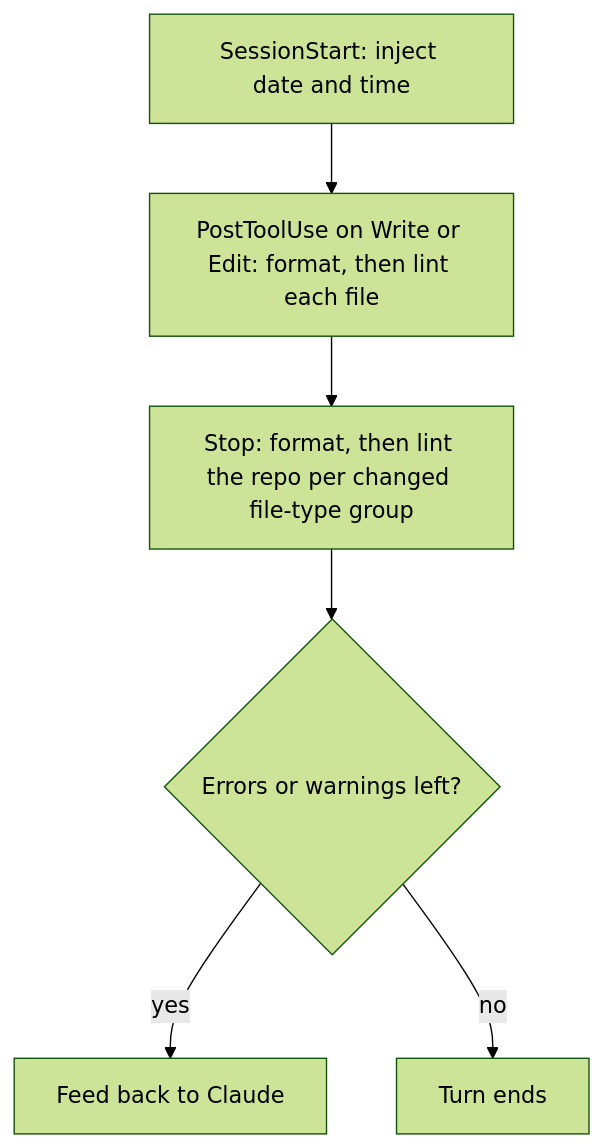
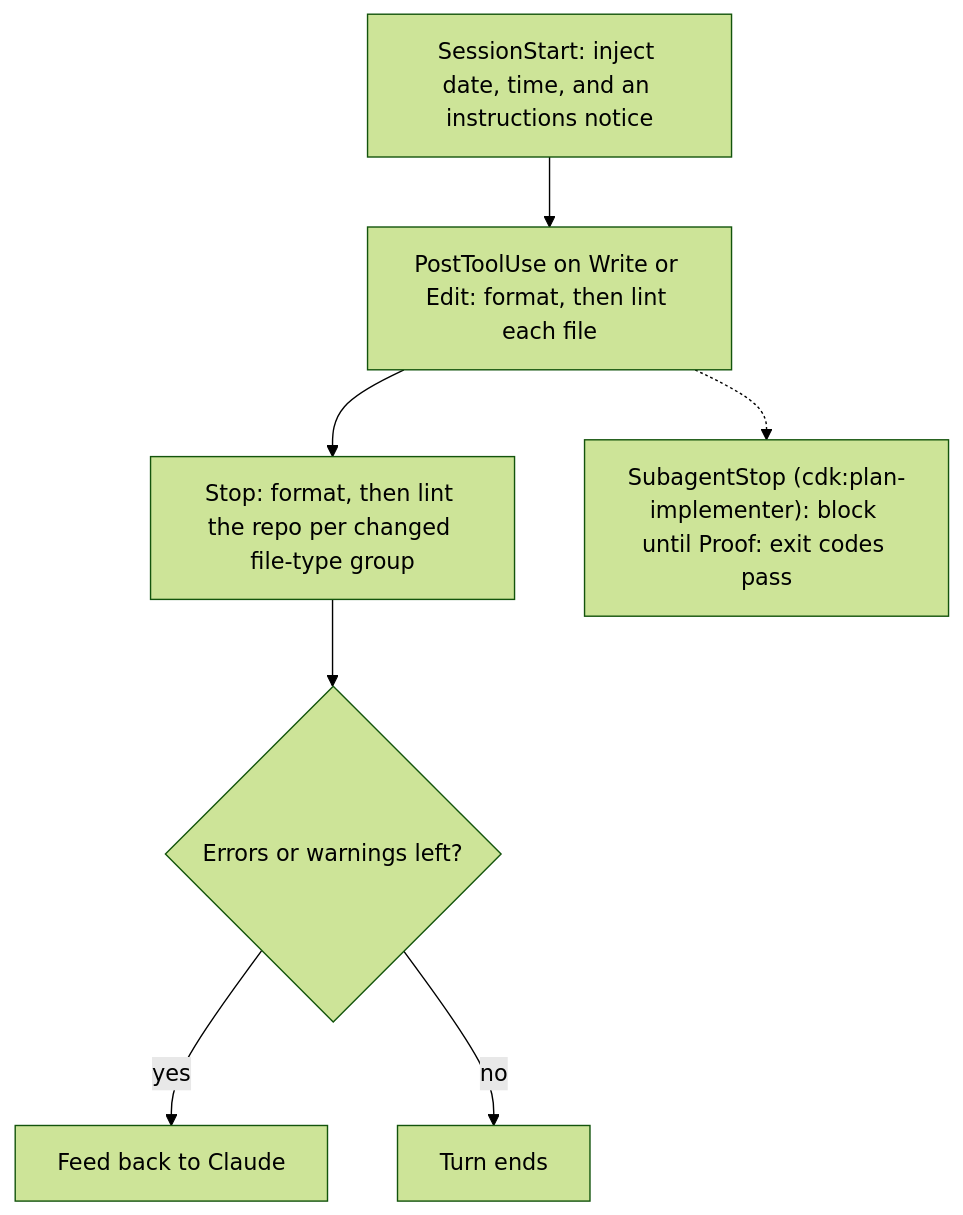
The diagram in README.md (patrickquijano/claude-dev-kit), drawn with Mermaid (forest theme) before and after one commit. The commit also changed other lines of this file, not shown here.

Commit message:
docs(readme): note the instructions notice and SubagentStop in hooks

````diff
--- a/README.md
+++ b/README.md
@@ -145,8 +145,7 @@
 ```mermaid
 flowchart TD
-    A["SessionStart: inject date and time"] --> K["PostToolUse on Write or Edit: format, then lint each file"]
-    K --> L["Stop: format, then lint the repo per changed file-type group"]
-    L --> M{"Errors or warnings left?"}
+    A["SessionStart: inject date, time, and an instructions notice"] --> K["PostToolUse on Write or Edit: format, then lint each file"] --> L["Stop: format, then lint the repo per changed file-type group"] --> M{"Errors or warnings left?"}
+    K -.-> S["SubagentStop (cdk:plan-implementer): block until Proof: exit codes pass"]
     M -- yes --> N["Feed back to Claude"]
     M -- no --> O["Turn ends"]
 ```
````
